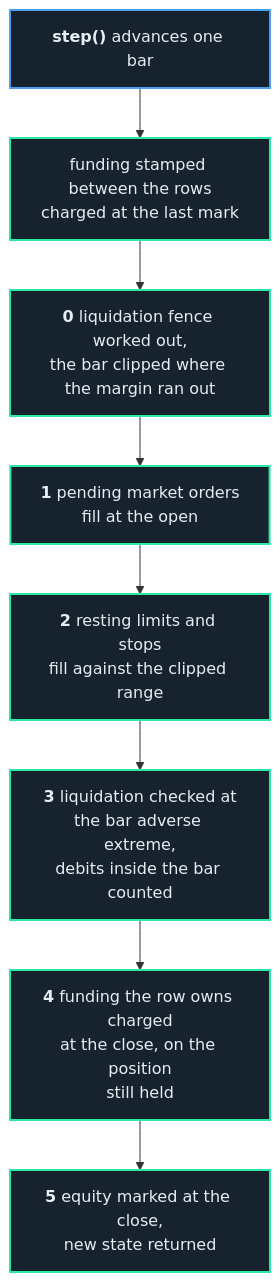
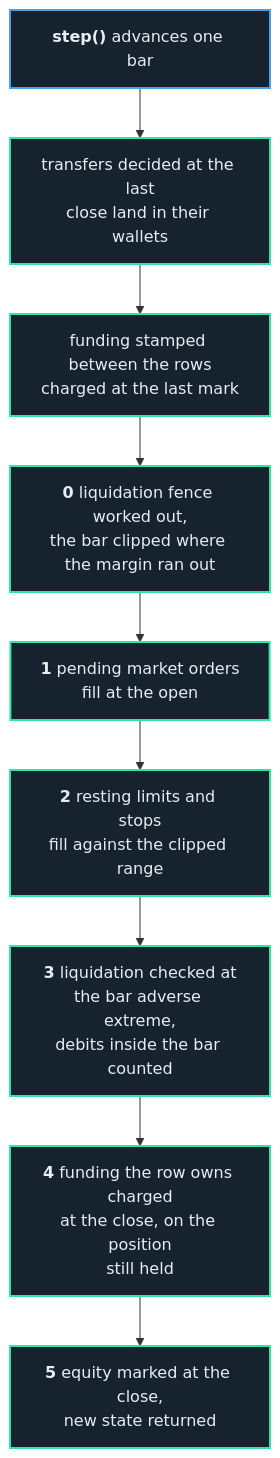
Before and after one commit to atOCEANO/probatum: the diagram in dev/diagrams/205314.mmd, drawn with Mermaid. The commit also changed 29 other files, not shown here.

```diff
--- a/dev/diagrams/205314.mmd
+++ b/dev/diagrams/205314.mmd
@@ -1,22 +1,24 @@
 flowchart TD
     S["<b>step()</b> advances one bar"]
+    T["transfers decided at the last<br/>close land in their wallets"]
     G["funding stamped between the rows<br/>charged at the last mark"]
     F["<b>0</b> liquidation fence worked out,<br/>the bar clipped where the margin ran out"]
     A["<b>1</b> pending market orders<br/>fill at the open"]
     B["<b>2</b> resting limits and stops<br/>fill against the clipped range"]
     D["<b>3</b> liquidation checked at<br/>the bar adverse extreme,<br/>debits inside the bar counted"]
     C["<b>4</b> funding the row owns charged<br/>at the close, on the position<br/>still held"]
     E["<b>5</b> equity marked at the close,<br/>new state returned"]
 
-    S --> G
+    S --> T
+    T --> G
     G --> F
     F --> A
     A --> B
     B --> D
     D --> C
     C --> E
 
     classDef entry fill:#16232e,stroke:#4d9feb,stroke-width:2px,color:#e6edf3
     classDef stage fill:#16232e,stroke:#2ee6a6,stroke-width:2px,color:#e6edf3
     class S entry
-    class G,F,A,B,C,D,E stage
+    class T,G,F,A,B,C,D,E stage
```
